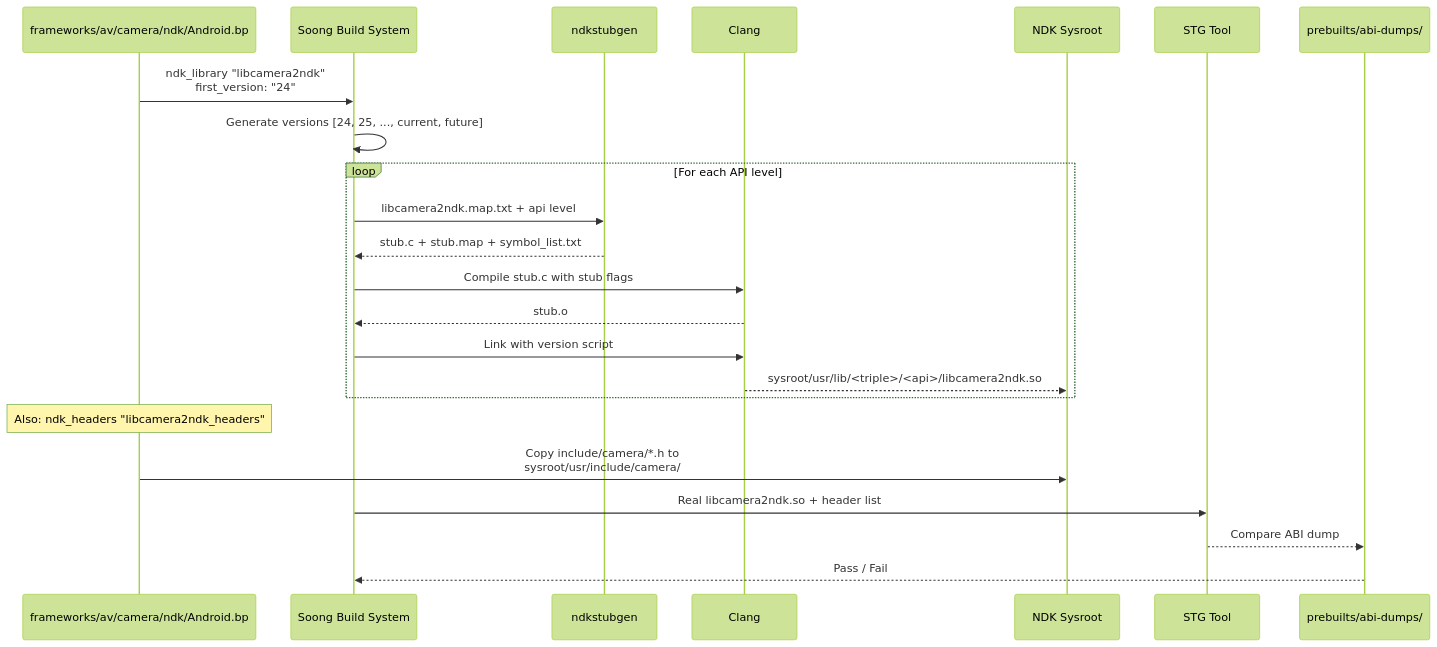
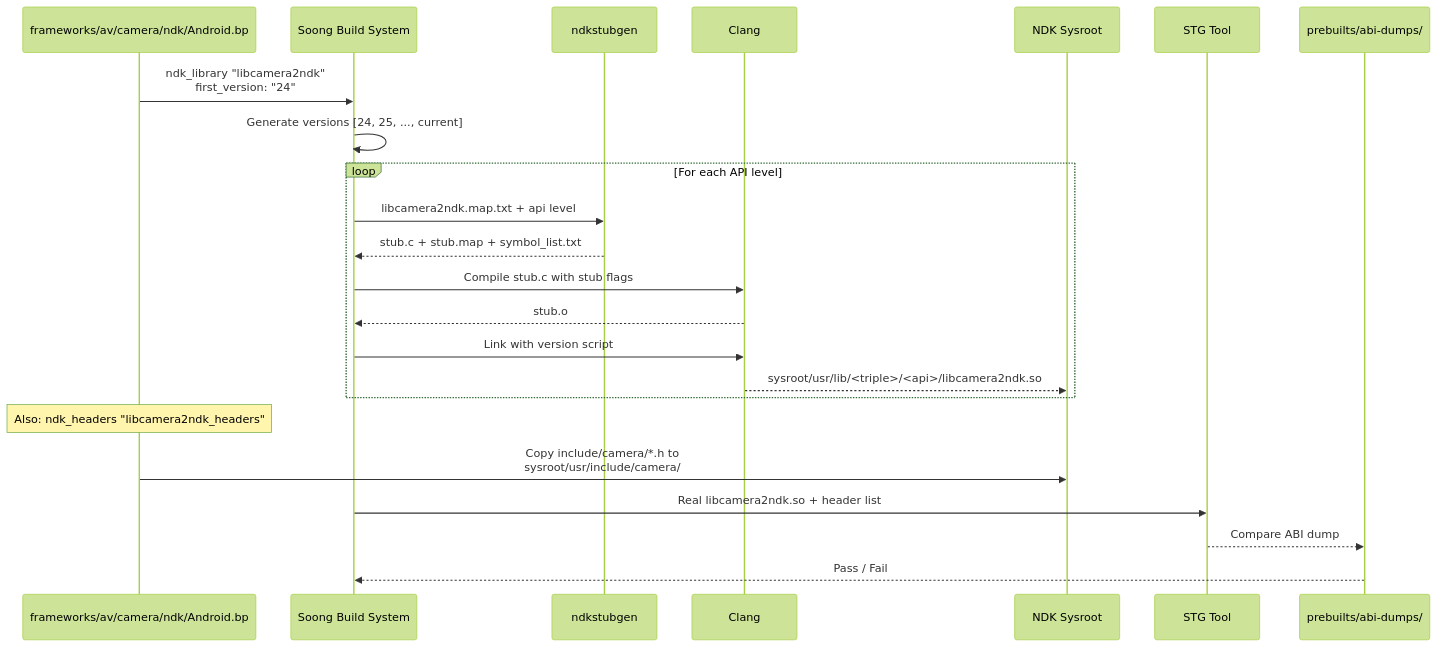
The sixth of 17 diagrams in agents/claude/skills/aosp-native-foundation/11-ndk.md (aospbooks/aosp-internal-book), drawn with Mermaid (forest theme) before and after one commit. The commit also changed other lines of this file and 218 other files, not shown here.

````diff
--- a/agents/claude/skills/aosp-native-foundation/11-ndk.md
+++ b/agents/claude/skills/aosp-native-foundation/11-ndk.md
@@ -1085,28 +1103,28 @@
 ```mermaid
 sequenceDiagram
     participant BP as frameworks/av/camera/ndk/Android.bp
     participant SOONG as Soong Build System
     participant STUBGEN as ndkstubgen
     participant CLANG as Clang
     participant SYSROOT as NDK Sysroot
     participant STG as STG Tool
     participant ABI as prebuilts/abi-dumps/
 
     BP->>SOONG: ndk_library "libcamera2ndk"<br/>first_version: "24"
-    SOONG->>SOONG: Generate versions [24, 25, ..., current, future]
+    SOONG->>SOONG: Generate versions [24, 25, ..., current]
     loop For each API level
         SOONG->>STUBGEN: libcamera2ndk.map.txt + api level
         STUBGEN-->>SOONG: stub.c + stub.map + symbol_list.txt
         SOONG->>CLANG: Compile stub.c with stub flags
         CLANG-->>SOONG: stub.o
         SOONG->>CLANG: Link with version script
         CLANG-->>SYSROOT: sysroot/usr/lib/<triple>/<api>/libcamera2ndk.so
     end
 
     Note over BP: Also: ndk_headers "libcamera2ndk_headers"
     BP->>SYSROOT: Copy include/camera/*.h to<br/>sysroot/usr/include/camera/
 
     SOONG->>STG: Real libcamera2ndk.so + header list
     STG-->>ABI: Compare ABI dump
     ABI-->>SOONG: Pass / Fail
 ```
````
